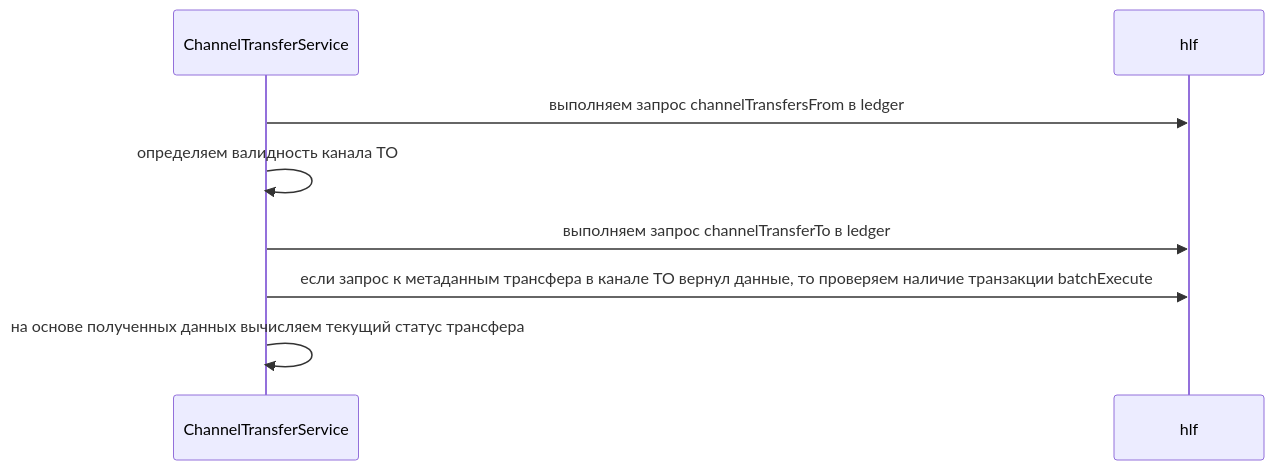
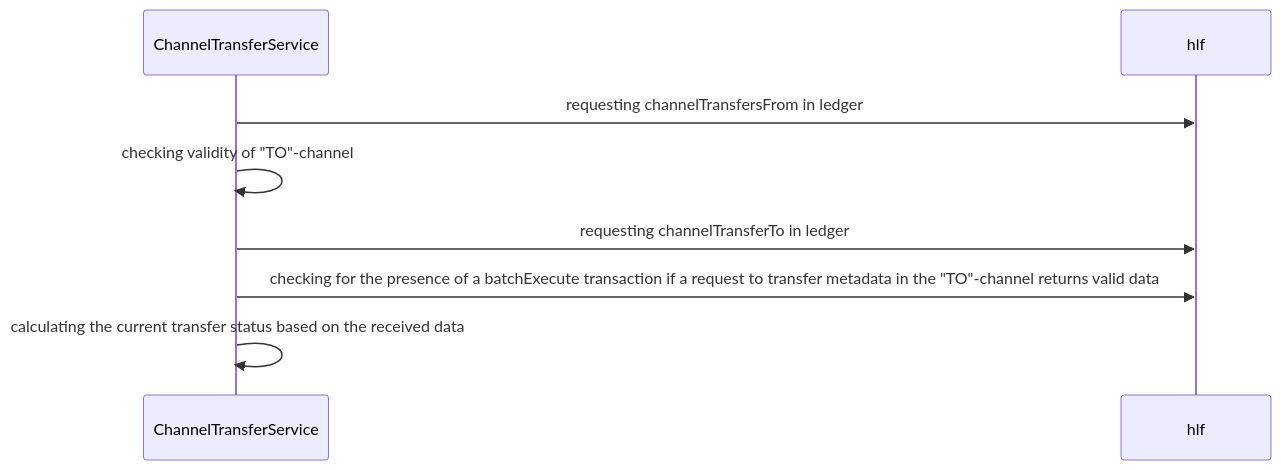
Before and after one commit to anoideaopen/channel-transfer: the fourth of 11 diagrams in doc/channelTransferService.md, drawn with Mermaid. The commit also changed other lines of this file and 71 other files, not shown here.

````diff
--- a/doc/channelTransferService.md
+++ b/doc/channelTransferService.md
@@ -49,8 +48,9 @@
 ```mermaid
 sequenceDiagram
-    ChannelTransferService ->> hlf: выполняем запрос сhannelTransfersFrom в ledger
-    ChannelTransferService ->> ChannelTransferService: определяем валидность канала TO
-    ChannelTransferService ->> hlf: выполняем запрос сhannelTransferTo в ledger
-    ChannelTransferService ->> hlf: если запрос к метаданным трансфера в канале TO вернул данные, то проверяем наличие транзакции batchExecute 
-    ChannelTransferService ->> ChannelTransferService: на основе полученных данных вычисляем текущий статус трансфера  
+    ChannelTransferService ->> hlf: requesting channelTransfersFrom in ledger
+    ChannelTransferService ->> ChannelTransferService: checking validity of "TO"-channel
+    ChannelTransferService ->> hlf: requesting channelTransferTo in ledger
+    ChannelTransferService ->> hlf: checking for the presence of a batchExecute transaction if a request to transfer metadata in the "TO"-channel returns valid data
+    ChannelTransferService ->> ChannelTransferService: calculating the current transfer status based on the received data
+
 ```
````
